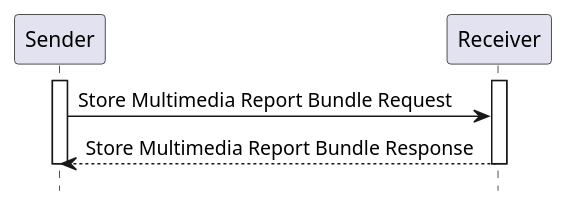
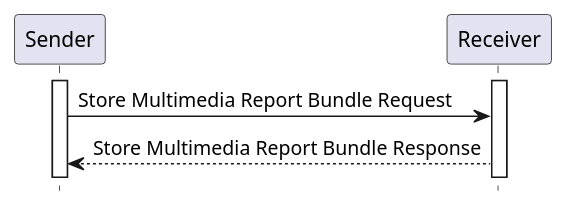
One commit to xmiao/AI.interoperability changed the diagram in backup/input/images-source/RAD-141-seq.plantuml. Above: the diagram before and after it, drawn with PlantUML. The commit also changed 5 other files, not shown here.

```diff
--- a/backup/input/images-source/RAD-141-seq.plantuml
+++ b/backup/input/images-source/RAD-141-seq.plantuml
@@ -1,15 +1,13 @@
 @startuml
 
 hide footbox
 
 participant "Sender" as Creator
 participant "Receiver" as Repo
 
-activate Creator
-activate Repo
+Creator++
+Repo++
 Creator->Repo: Store Multimedia Report Bundle Request
-Repo-->Creator: Store Multimedia Report Bundle Response
-deactivate Repo
-deactivate Creator
+return Store Multimedia Report Bundle Response
 
 @enduml
```
